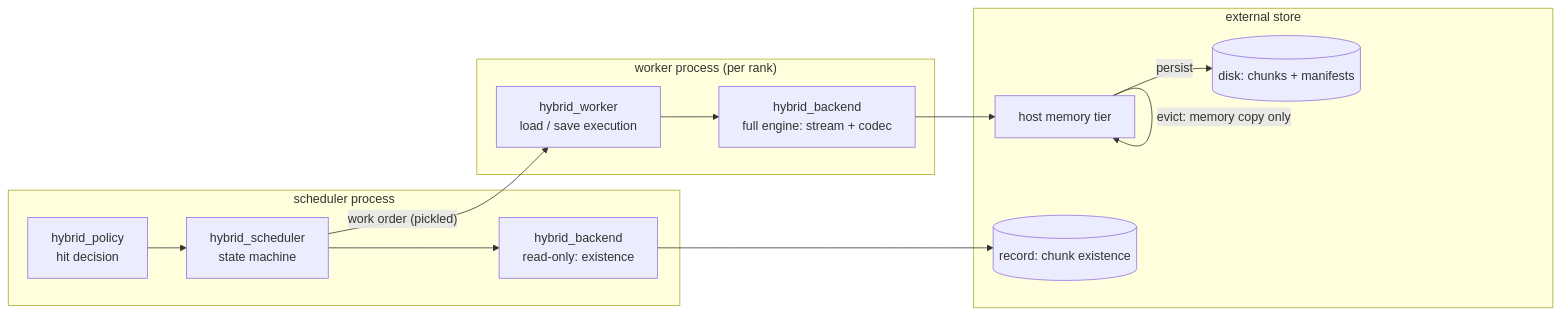
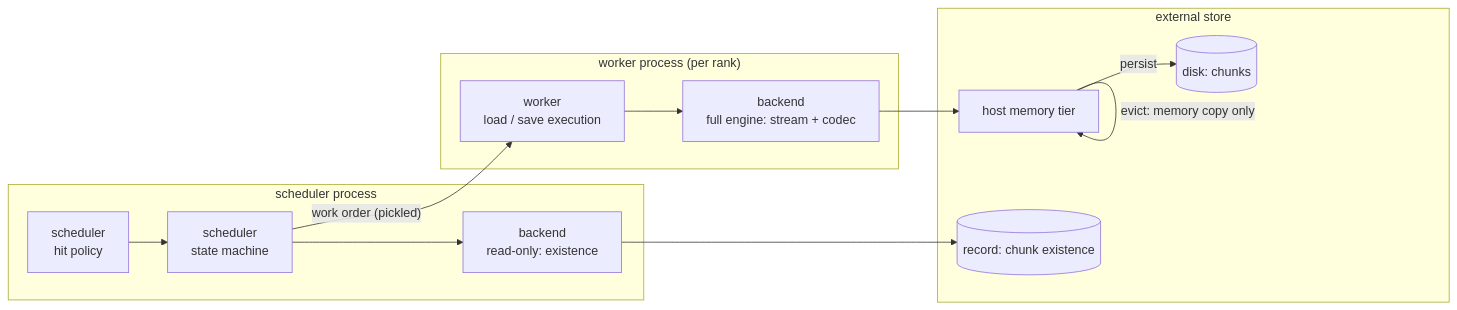
One commit to cocotyty/intel-accel-for-llm changed the sixth of 6 diagrams in doc/design/kvshrink-hybrid.md. Above: the diagram before and after it, drawn with Mermaid. The commit also changed other lines of this file and 3 other files, not shown here.

````diff
--- a/doc/design/kvshrink-hybrid.md
+++ b/doc/design/kvshrink-hybrid.md
@@ -344,25 +339,25 @@
 ```mermaid
 flowchart LR
     subgraph SP[scheduler process]
-        POL[hybrid_policy<br/>hit decision]
-        SCH[hybrid_scheduler<br/>state machine]
-        BE1[hybrid_backend<br/>read-only: existence]
+        POL[scheduler<br/>hit policy]
+        SCH[scheduler<br/>state machine]
+        BE1[backend<br/>read-only: existence]
     end
     subgraph WP["worker process (per rank)"]
-        WK[hybrid_worker<br/>load / save execution]
-        BE2[hybrid_backend<br/>full engine: stream + codec]
+        WK[worker<br/>load / save execution]
+        BE2[backend<br/>full engine: stream + codec]
     end
     subgraph ST[external store]
         MEM[host memory tier]
-        DSK[(disk: chunks + manifests)]
+        DSK[(disk: chunks)]
         DB[(record: chunk existence)]
     end
     POL --> SCH
     SCH --> BE1
     BE1 --> DB
     WK --> BE2
     BE2 --> MEM
     MEM -- persist --> DSK
     MEM -- evict: memory copy only --> MEM
     SCH -- "work order (pickled)" --> WK
 ```
````
